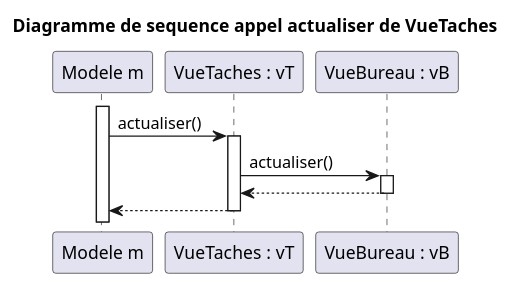
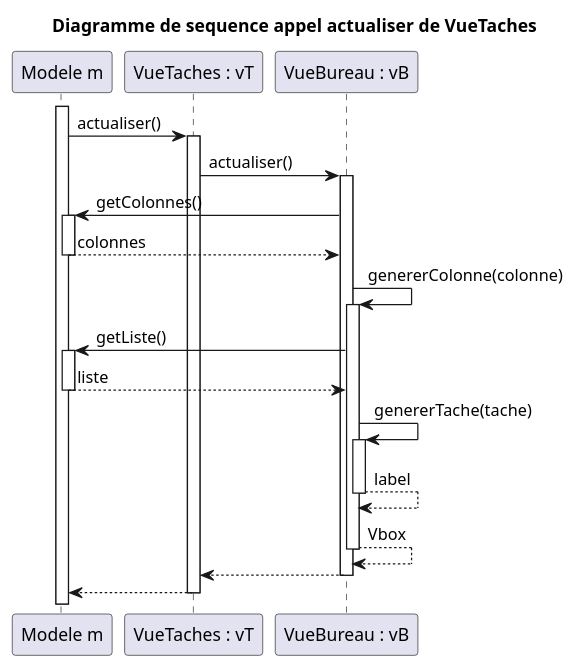
One commit to AlexanderCARNET/SAE_3_01_dev_application changed the diagram in Ollert_QDEV/diagrammes/iteration2/DiagrammeSequenceVueBureauActualiser.puml. Above: the diagram before and after it, drawn with PlantUML. The commit also changed 1 other file, not shown here.

Commit message:
[UPDATE] finiteration 2, vueBureau simple et diagramme de sequence de actualiser de VueBureau

```diff
--- a/Ollert_QDEV/diagrammes/iteration2/DiagrammeSequenceVueBureauActualiser.puml
+++ b/Ollert_QDEV/diagrammes/iteration2/DiagrammeSequenceVueBureauActualiser.puml
@@ -1,20 +1,41 @@
 @startuml
 'https://plantuml.com/sequence-diagram
 
 title Diagramme de sequence appel actualiser de VueTaches
 
 participant Modele as "Modele m"
 participant VueTaches as "VueTaches : vT"
 participant VueBureau as "VueBureau : vB"
 
 activate Modele
 Modele -> VueTaches : actualiser()
 activate VueTaches
 VueTaches -> VueBureau : actualiser()
 activate VueBureau
+
+VueBureau -> Modele : getColonnes()
+activate Modele
+Modele --> VueBureau : colonnes
+deactivate Modele
+
+VueBureau -> VueBureau : genererColonne(colonne)
+activate VueBureau
+
+VueBureau -> Modele : getListe()
+activate Modele
+Modele --> VueBureau : liste
+deactivate Modele
+VueBureau -> VueBureau : genererTache(tache)
+activate VueBureau
+VueBureau -->VueBureau : label
+deactivate VueBureau
+
+VueBureau -->VueBureau : Vbox
+deactivate VueBureau
+
 VueTaches <-- VueBureau
 deactivate VueBureau
 Modele <-- VueTaches
 deactivate VueTaches
 
 @enduml
```
